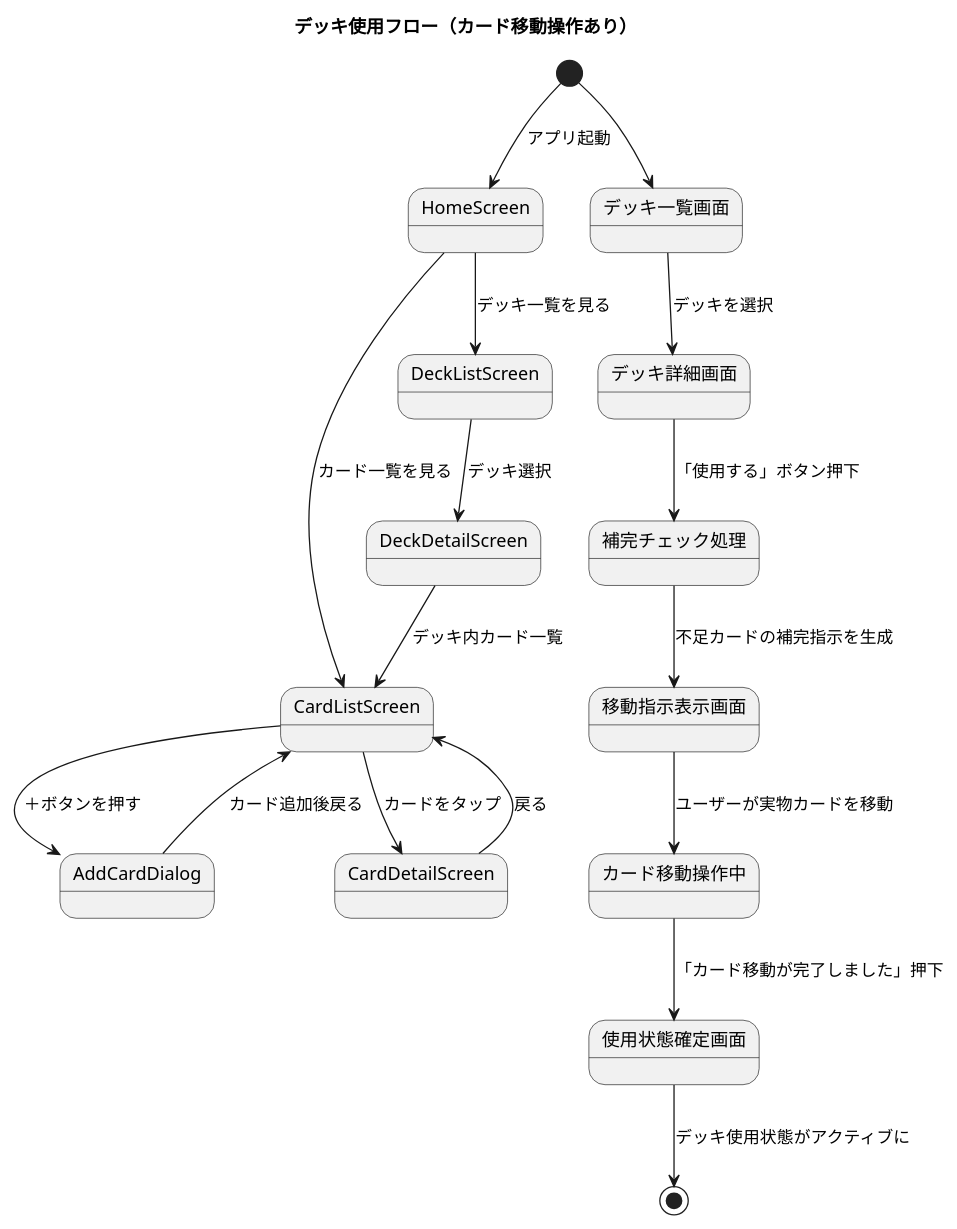
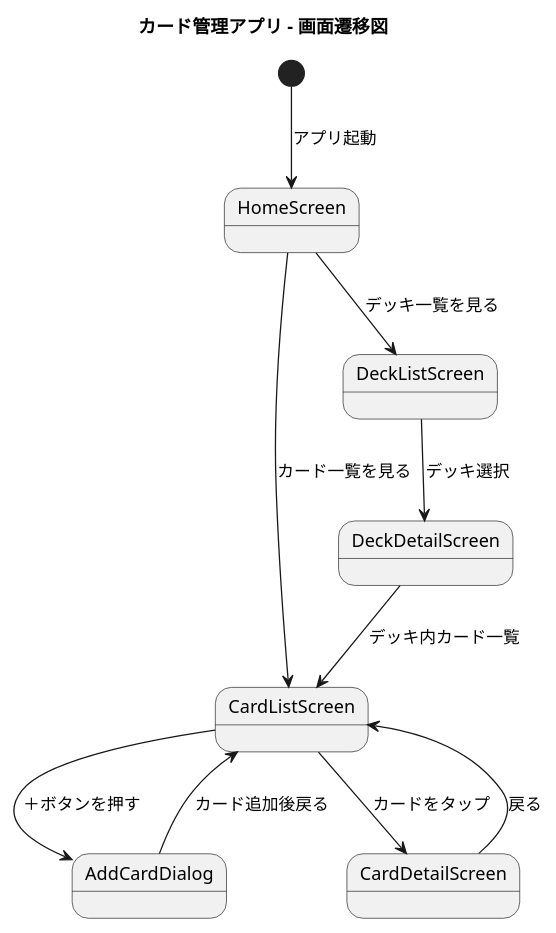
One commit to nilg5120/cardproFlutter changed the first of 2 diagrams in docs/uml/screenl_flow.puml. Above: the diagram before and after it, drawn with PlantUML.

Commit message:
fix: UML図の開始タグを修正し、不要な空行を削除
- screen_flow.pumlの開始タグを修正しました。
- 不要な空行を削除しました。

```diff
--- a/docs/uml/screenl_flow.puml
+++ b/docs/uml/screenl_flow.puml
@@ -1,30 +1,16 @@
-@startuml screen_flow
+@startuml
 title カード管理アプリ - 画面遷移図
 
 [*] --> HomeScreen : アプリ起動
 HomeScreen --> CardListScreen : カード一覧を見る
 CardListScreen --> AddCardDialog : ＋ボタンを押す
 AddCardDialog --> CardListScreen : カード追加後戻る
 
 CardListScreen --> CardDetailScreen : カードをタップ
 CardDetailScreen --> CardListScreen : 戻る
 
 HomeScreen --> DeckListScreen : デッキ一覧を見る
 DeckListScreen --> DeckDetailScreen : デッキ選択
 DeckDetailScreen --> CardListScreen : デッキ内カード一覧
-title デッキ使用フロー（カード移動操作あり）
-
-[*] --> デッキ一覧画面
-
-デッキ一覧画面 --> デッキ詳細画面 : デッキを選択
-デッキ詳細画面 --> 補完チェック処理 : 「使用する」ボタン押下
-
-補完チェック処理 --> 移動指示表示画面 : 不足カードの補完指示を生成
-
-移動指示表示画面 --> カード移動操作中 : ユーザーが実物カードを移動
-カード移動操作中 --> 使用状態確定画面 : 「カード移動が完了しました」押下
-
-使用状態確定画面 --> [*] : デッキ使用状態がアクティブに
-
 
 @enduml
```
